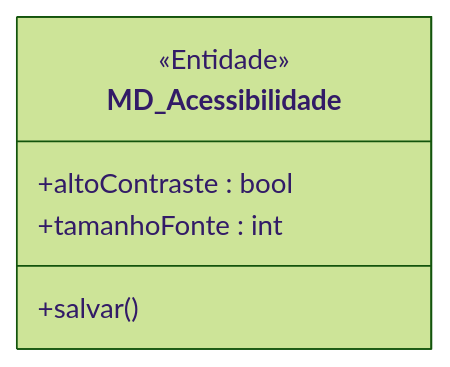
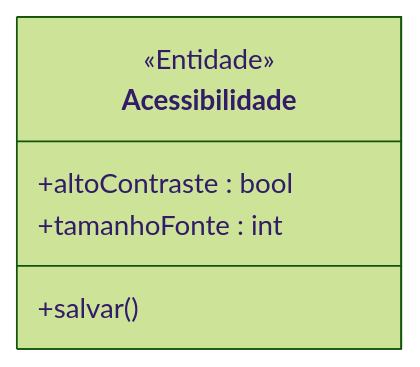
Before and after one commit to MayconDIS/PIM_III-Documentacao_UML: the first of 2 diagrams in PIM_III/02_Modelagem_UML_Astah/UC15_Ajustar_Acessibilidade/README.md, drawn with Mermaid (forest theme). The commit also changed other lines of this file and 86 other files, not shown here.

Commit message:
docs(uml): add comprehensive UML diagrams and tutorials for all 15 use cases

````diff
--- a/PIM_III/02_Modelagem_UML_Astah/UC15_Ajustar_Acessibilidade/README.md
+++ b/PIM_III/02_Modelagem_UML_Astah/UC15_Ajustar_Acessibilidade/README.md
@@ -39,9 +39,9 @@
 ```mermaid
 classDiagram
-    class MD_Acessibilidade {
+    class Acessibilidade {
         <<Entidade>>
         +altoContraste : bool
         +tamanhoFonte : int
         +salvar()
     }
 ```
````
